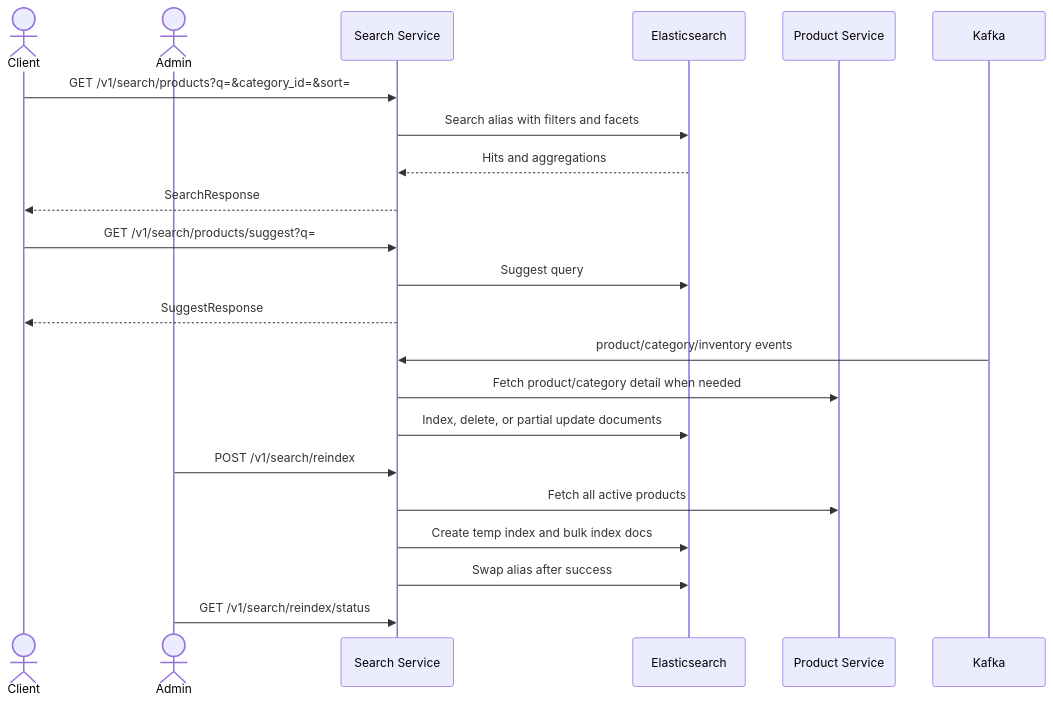
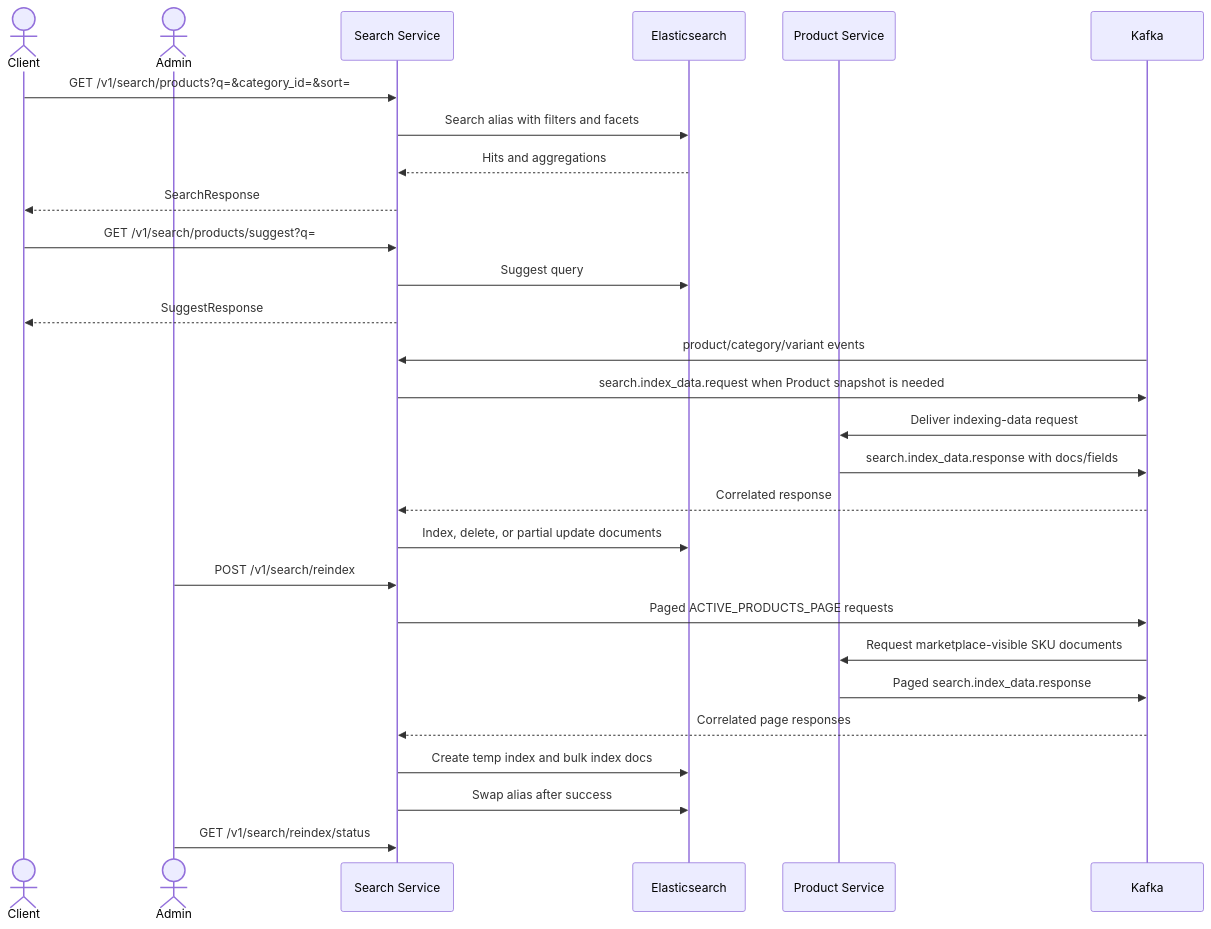
The diagram in documents/flows/search-service/flow-search-indexing.md (ldqanh1408/stealing-from-paradise), drawn with Mermaid before and after one commit. The commit also changed other lines of this file and 318 other files, not shown here.

````diff
--- a/documents/flows/search-service/flow-search-indexing.md
+++ b/documents/flows/search-service/flow-search-indexing.md
@@ -14,28 +14,34 @@
 ```mermaid
 sequenceDiagram
     actor Client
     actor Admin
     participant Search as Search Service
     participant ES as Elasticsearch
     participant Product as Product Service
     participant Kafka as Kafka
 
     Client->>Search: GET /v1/search/products?q=&category_id=&sort=
     Search->>ES: Search alias with filters and facets
     ES-->>Search: Hits and aggregations
     Search-->>Client: SearchResponse
 
     Client->>Search: GET /v1/search/products/suggest?q=
     Search->>ES: Suggest query
     Search-->>Client: SuggestResponse
 
-    Kafka->>Search: product/category/inventory events
-    Search->>Product: Fetch product/category detail when needed
+    Kafka->>Search: product/category/variant events
+    Search->>Kafka: search.index_data.request when Product snapshot is needed
+    Kafka->>Product: Deliver indexing-data request
+    Product->>Kafka: search.index_data.response with docs/fields
+    Kafka-->>Search: Correlated response
     Search->>ES: Index, delete, or partial update documents
 
     Admin->>Search: POST /v1/search/reindex
-    Search->>Product: Fetch all active products
+    Search->>Kafka: Paged ACTIVE_PRODUCTS_PAGE requests
+    Kafka->>Product: Request marketplace-visible SKU documents
+    Product->>Kafka: Paged search.index_data.response
+    Kafka-->>Search: Correlated page responses
     Search->>ES: Create temp index and bulk index docs
     Search->>ES: Swap alias after success
     Admin->>Search: GET /v1/search/reindex/status
 ```
````
